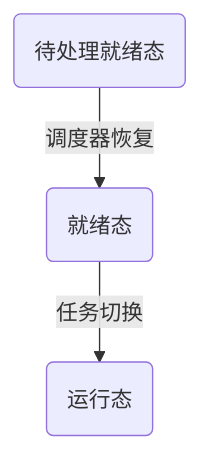
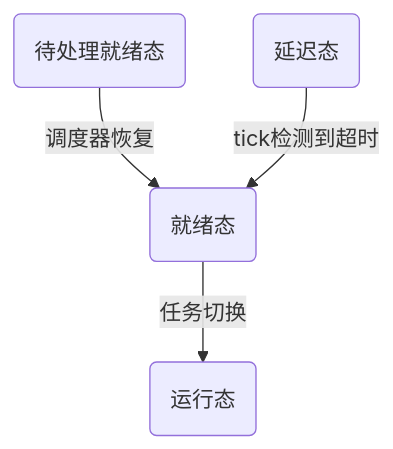
One commit to akai100/job_seek changed the first of 2 diagrams in 操作系统/FreeRtos/task.md. Above: the diagram before and after it, drawn with Mermaid. The commit also changed other lines of this file, not shown here.

````diff
--- a/操作系统/FreeRtos/task.md
+++ b/操作系统/FreeRtos/task.md
@@ -20,5 +20,6 @@
 ```mermaid
 graph TD
   A(就绪态) -->|任务切换| B(运行态)
   C(待处理就绪态) -->|调度器恢复| A(就绪态)
+  D(延迟态)  -->|tick检测到超时| A(就绪态)
 ```
````
